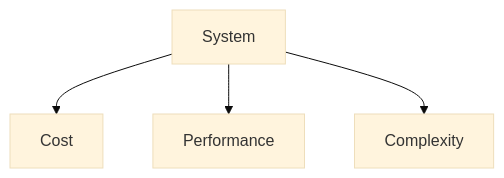
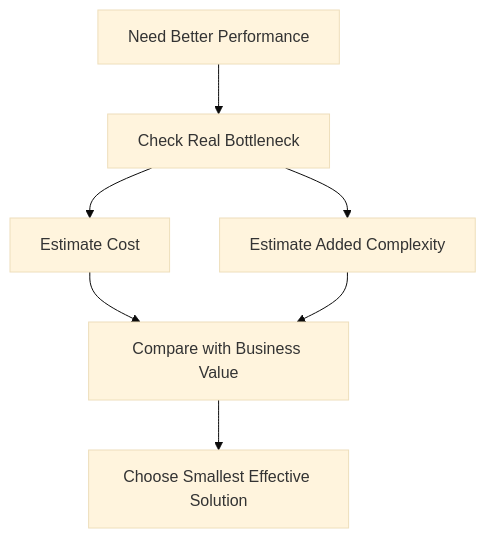
Before and after one commit to dbajajmnk/systemdesign: the third of 3 diagrams in systemdesign/14. Evaluating Trade-offs and Making Decisions/How.md, drawn with Mermaid (base theme). The commit also changed other lines of this file and 1 other file, not shown here.

````diff
--- a/systemdesign/14. Evaluating Trade-offs and Making Decisions/How.md
+++ b/systemdesign/14. Evaluating Trade-offs and Making Decisions/How.md
@@ -134,7 +501,9 @@
-```mermaid
+```mermaid id="qpn6pn"
 flowchart TD
-    A[System]
-    A --> Cost
-    A --> Performance
-    A --> Complexity
+    A[Need Better Performance] --> B[Check Real Bottleneck]
+    B --> C[Estimate Cost]
+    B --> D[Estimate Added Complexity]
+    C --> E[Compare with Business Value]
+    D --> E
+    E --> F[Choose Smallest Effective Solution]
 ```
````
